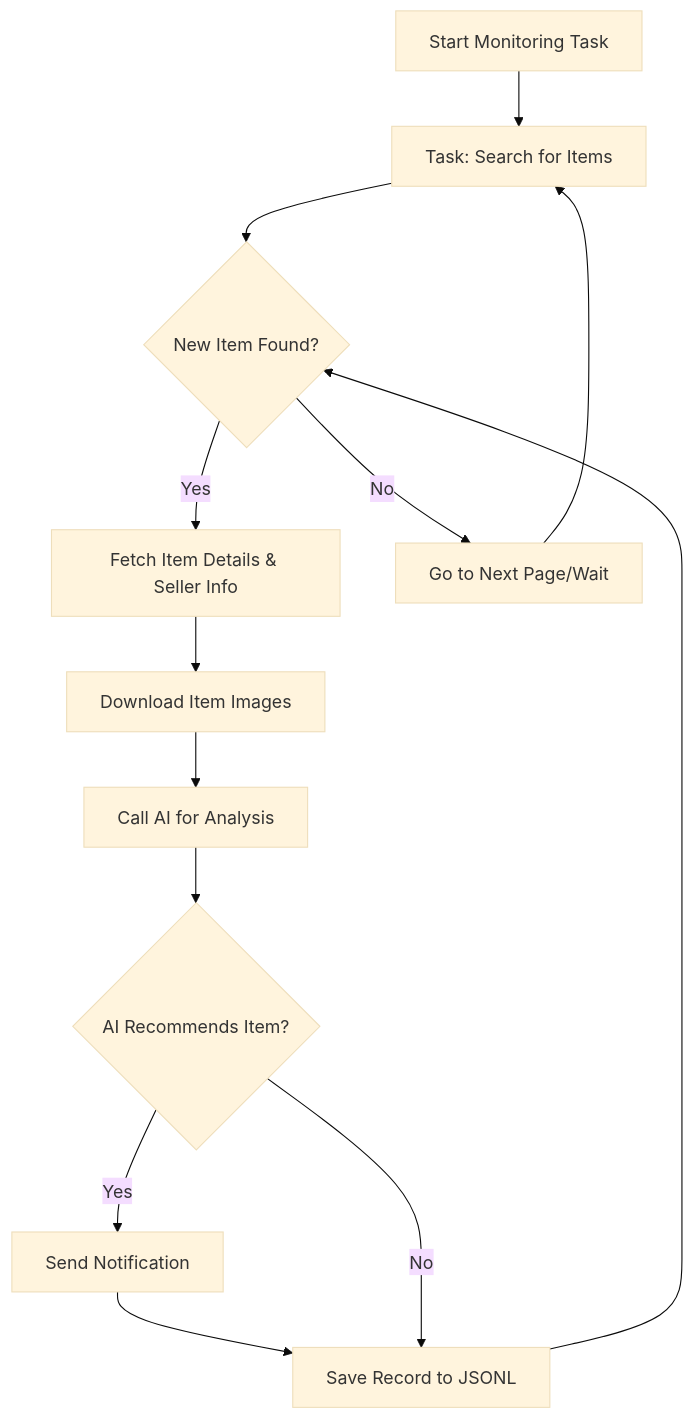
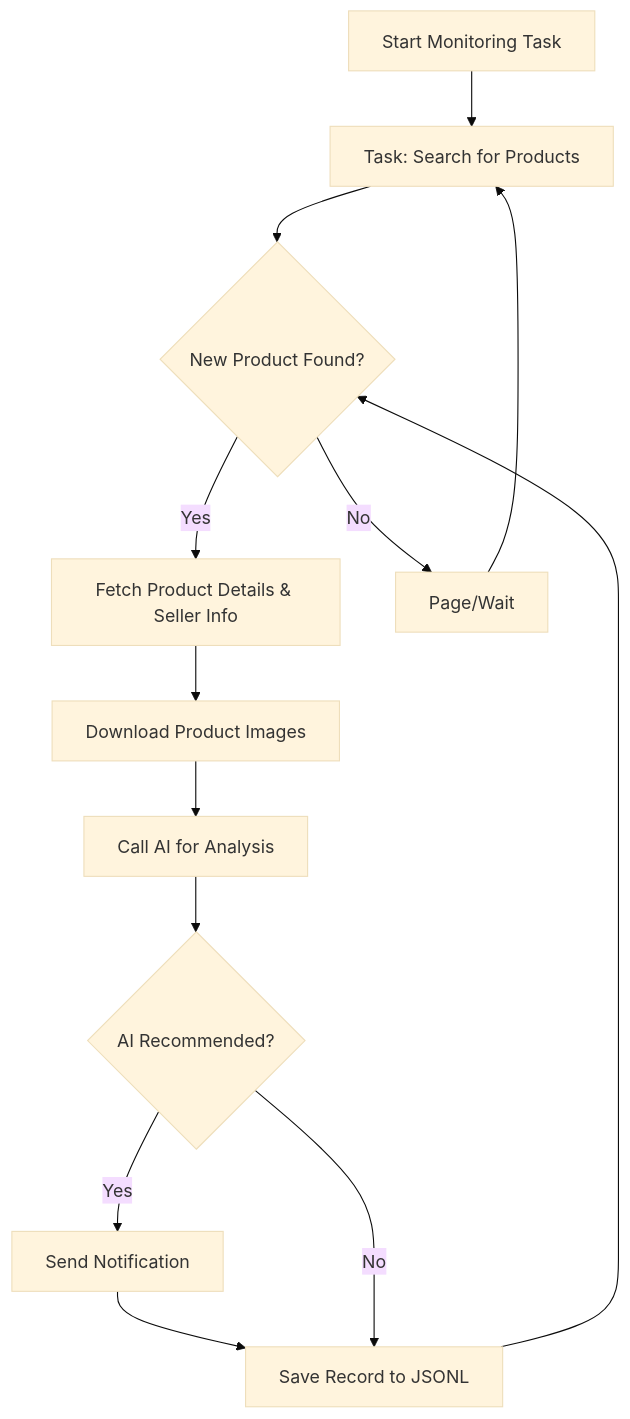
One commit to saurav-z/repo-docs changed the diagram in docs/dingyufei615-ai-goofish-monitor.md. Above: the diagram before and after it, drawn with Mermaid (base theme). The commit also changed other lines of this file and 191 other files, not shown here.

````diff
--- a/docs/dingyufei615-ai-goofish-monitor.md
+++ b/docs/dingyufei615-ai-goofish-monitor.md
@@ -196,15 +211,15 @@
 ```mermaid
 graph TD
-    A[Start Monitoring Task] --> B[Task: Search for Items];
-    B --> C{New Item Found?};
-    C -- Yes --> D[Fetch Item Details & Seller Info];
-    D --> E[Download Item Images];
+    A[Start Monitoring Task] --> B[Task: Search for Products];
+    B --> C{New Product Found?};
+    C -- Yes --> D[Fetch Product Details & Seller Info];
+    D --> E[Download Product Images];
     E --> F[Call AI for Analysis];
-    F --> G{AI Recommends Item?};
+    F --> G{AI Recommended?};
     G -- Yes --> H[Send Notification];
     H --> I[Save Record to JSONL];
     G -- No --> I;
-    C -- No --> J[Go to Next Page/Wait];
+    C -- No --> J[Page/Wait];
     J --> B;
     I --> C;
 ```
````
